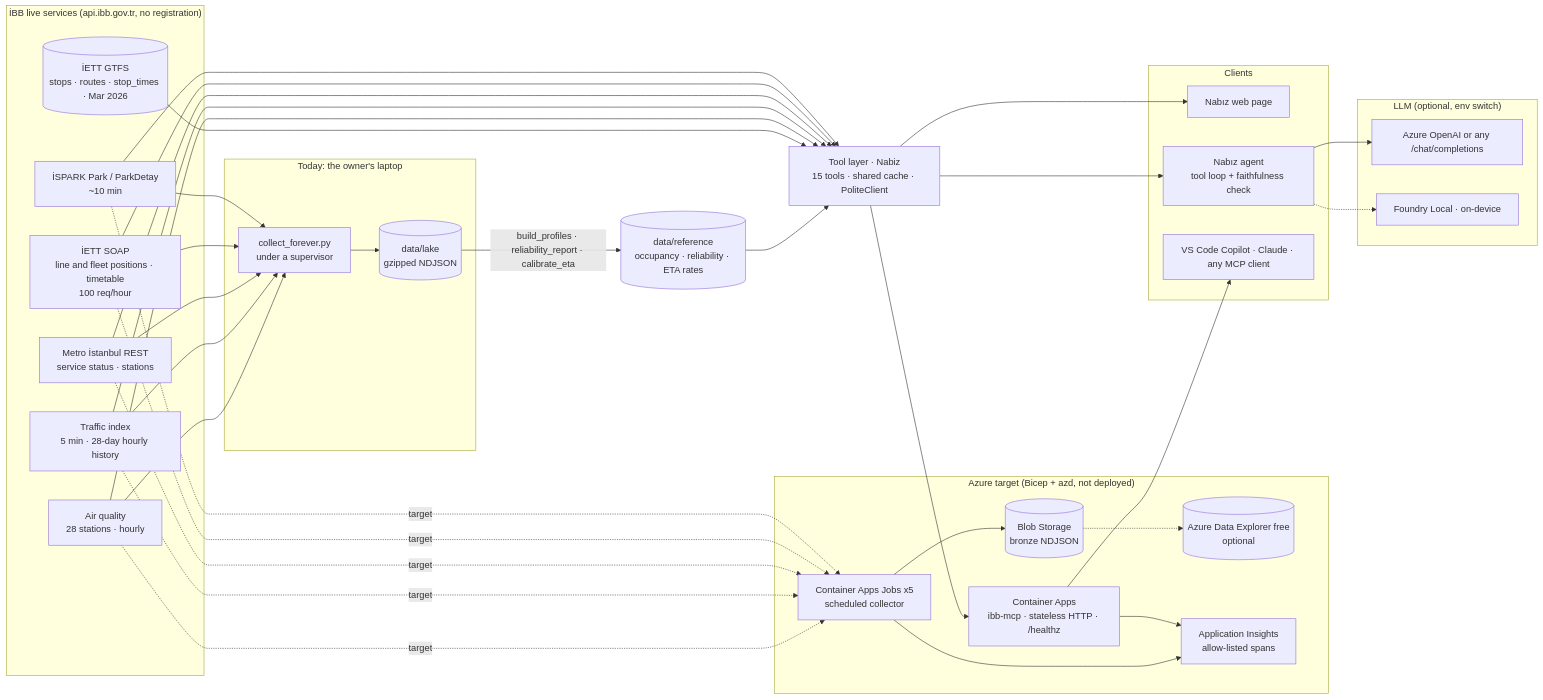
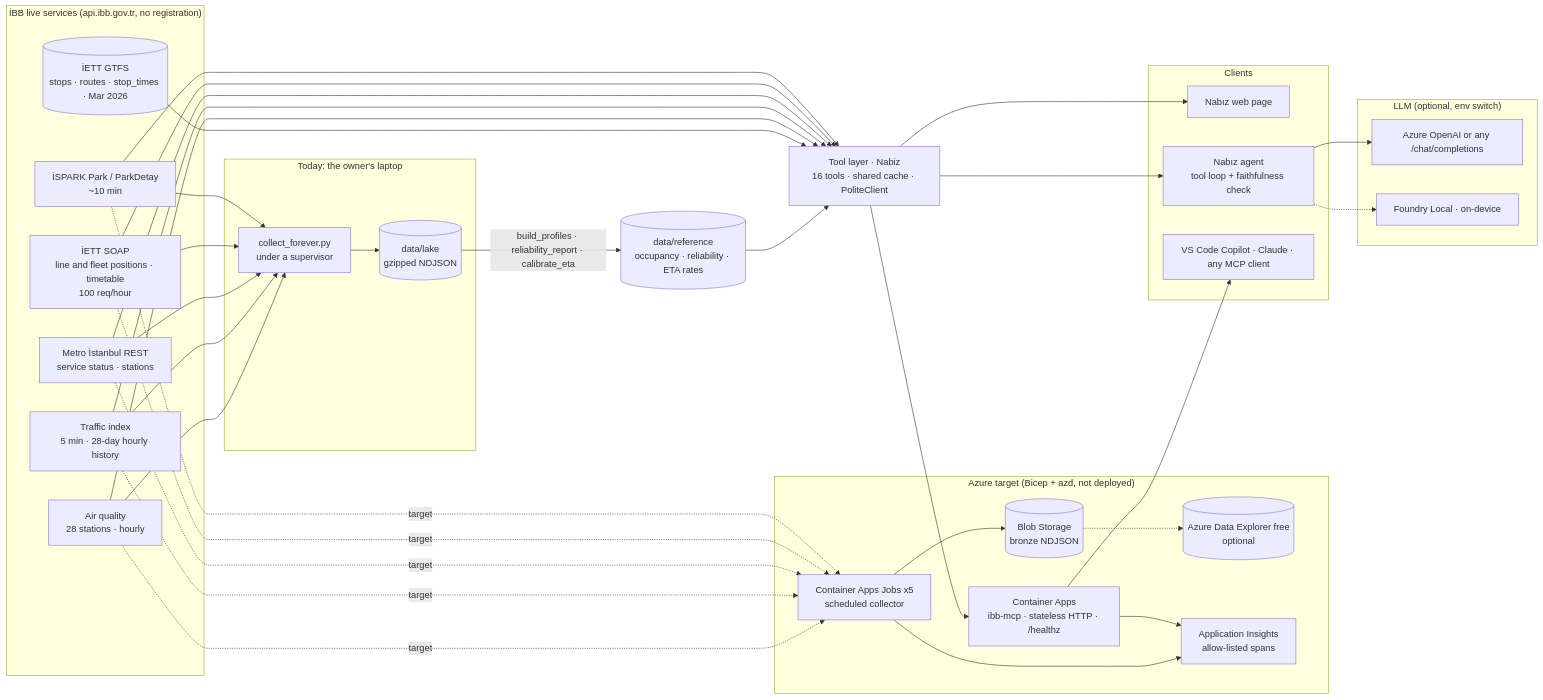
One commit to muratcan-ates/istanbul-nabiz changed the diagram in README.md. Above: the diagram before and after it, drawn with Mermaid. The commit also changed other lines of this file and 17 other files, not shown here.

````diff
--- a/README.md
+++ b/README.md
@@ -83,45 +84,45 @@
 ```mermaid
 flowchart LR
   subgraph IBB["İBB live services (api.ibb.gov.tr, no registration)"]
     P[İSPARK Park / ParkDetay<br/>~10 min]
     B[İETT SOAP<br/>line and fleet positions · timetable<br/>100 req/hour]
     G[(İETT GTFS<br/>stops · routes · stop_times · Mar 2026)]
     M[Metro İstanbul REST<br/>service status · stations]
     T[Traffic index<br/>5 min · 28-day hourly history]
     AQ[Air quality<br/>28 stations · hourly]
   end
   subgraph NOW["Today: the owner's laptop"]
     LC[collect_forever.py<br/>under a supervisor]
     LL[(data/lake<br/>gzipped NDJSON)]
   end
   subgraph AZ["Azure target (Bicep + azd, not deployed)"]
     J[Container Apps Jobs x5<br/>scheduled collector]
     BL[(Blob Storage<br/>bronze NDJSON)]
     K[(Azure Data Explorer free<br/>optional)]
     MCP[Container Apps<br/>ibb-mcp · stateless HTTP · /healthz]
     AI[Application Insights<br/>allow-listed spans]
   end
   REF[(data/reference<br/>occupancy · reliability · ETA rates)]
-  TL[Tool layer · Nabiz<br/>15 tools · shared cache · PoliteClient]
+  TL[Tool layer · Nabiz<br/>16 tools · shared cache · PoliteClient]
   subgraph CL["Clients"]
     WEB[Nabız web page]
     AG[Nabız agent<br/>tool loop + faithfulness check]
     VS[VS Code Copilot · Claude · any MCP client]
   end
   subgraph LLM["LLM (optional, env switch)"]
     AO[Azure OpenAI or any /chat/completions]
     FL[Foundry Local · on-device]
   end
   P & B & M & T & AQ --> LC --> LL
   P & B & M & T & AQ -. target .-> J --> BL -.-> K
   LL -->|build_profiles · reliability_report · calibrate_eta| REF
   P & B & M & T & AQ --> TL
   G --> TL
   REF --> TL
   TL --> MCP --> VS
   TL --> WEB
   TL --> AG
   AG --> AO
   AG -.-> FL
   MCP & J --> AI
 ```
````
